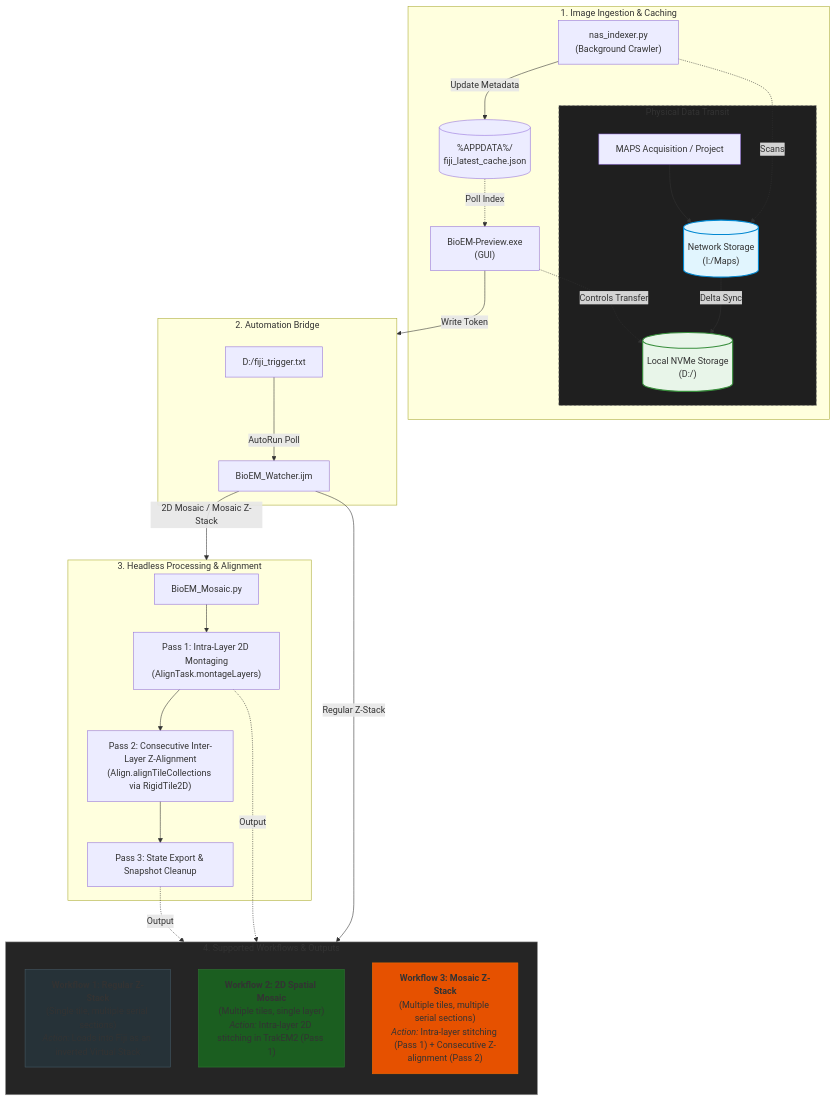
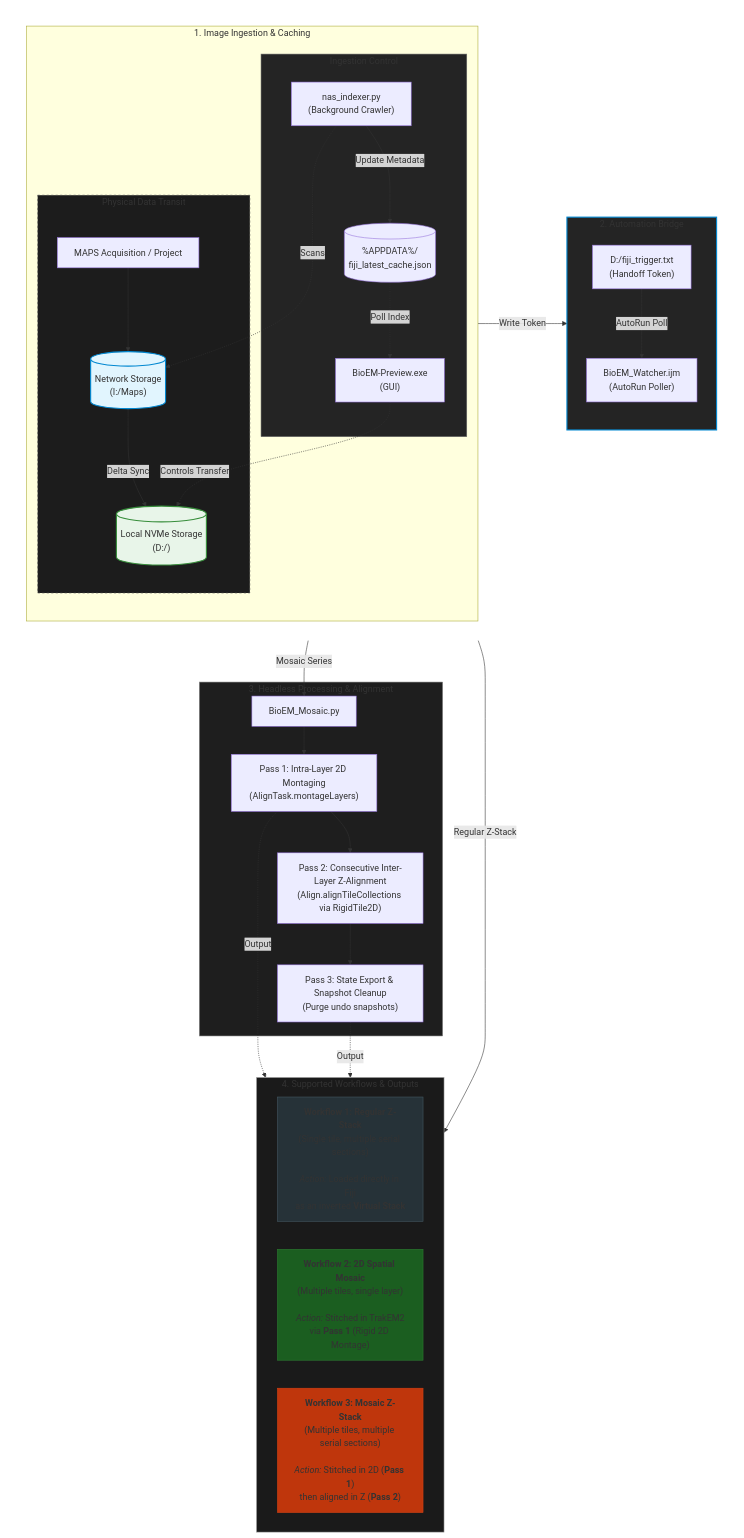
The diagram in README.md (leekslk/BioEM-Preview), drawn with Mermaid before and after one commit.

Commit message:
docs: final draft, correct markdown syntax and formating

````diff
--- a/README.md
+++ b/README.md
@@ -19,54 +19,70 @@
 ```mermaid
 flowchart TD
-    subgraph Stage1 [" 1. Image Ingestion & Caching "]
-        %% Central Execution Spine
-        Indexer["nas_indexer.py<br/>(Background Crawler)"] -->|"Update Metadata"| Cache[("%APPDATA%/<br/>fiji_latest_cache.json")]
-        Cache -.->|"Poll Index"| UI["BioEM-Preview.exe<br/>(GUI)"]
+    %% Top Row: Stage 1 and Stage 2 side-by-side with aligned bottoms
+    subgraph TopRow [" "]
+        direction LR
 
-        %% Isolated Data Plane
-        subgraph DataPlane [" Physical Data Transit "]
-            EM["MAPS Acquisition / Project"] --> NAS[("Network Storage<br/>(I:/Maps)")]
-            NAS -->|"Delta Sync"| SSD[("Local NVMe Storage<br/>(D:/)")]
+        subgraph Stage1 [" 1. Image Ingestion & Caching "]
+            direction TB
+            subgraph ControlPlane [" Ingestion Control "]
+                Indexer["nas_indexer.py<br/>(Background Crawler)"] -->|"Update Metadata"| Cache[("%APPDATA%/<br/>fiji_latest_cache.json")]
+                Cache -.->|"Poll Index"| UI["BioEM-Preview.exe<br/>(GUI)"]
+            end
+
+            subgraph DataPlane [" Physical Data Transit "]
+                EM["MAPS Acquisition / Project"] --> NAS[("Network Storage<br/>(I:/Maps)")]
+                NAS -->|"Delta Sync"| SSD[("Local NVMe Storage<br/>(D:/)")]
+            end
+
+            Indexer -.->|"Scans"| NAS
+            UI -.->|"Controls Transfer"| SSD
         end
 
-        %% Connections between Control and Data planes
-        Indexer -.->|"Scans"| NAS
-        UI -.->|"Controls Transfer"| SSD
+        subgraph Stage2 [" 2. Automation Bridge "]
+            direction TB
+            Trig["D:/fiji_trigger.txt<br/>(Handoff Token)"]
+            Watcher["BioEM_Watcher.ijm<br/>(AutoRun Poller)"]
+            Trig -->|"AutoRun Poll"| Watcher
+        end
+
+        %% Horizontal connection between UI and Stage 2
+        UI -->|"Write Token"| Trig
     end
 
-    subgraph Automation [" 2. Automation Bridge "]
-        Trig["D:/fiji_trigger.txt"] -->|"AutoRun Poll"| Watcher["BioEM_Watcher.ijm"]
-    end
-
-    subgraph Processing [" 3. Headless Processing & Alignment "]
+    %% Middle Row: Processing Engine
+    subgraph Stage3 [" 3. Headless Processing & Alignment "]
         Script["BioEM_Mosaic.py"]
         P1["Pass 1: Intra-Layer 2D Montaging<br/>(AlignTask.montageLayers)"]
         P2["Pass 2: Consecutive Inter-Layer Z-Alignment<br/>(Align.alignTileCollections via RigidTile2D)"]
-        P3["Pass 3: State Export & Snapshot Cleanup"]
+        P3["Pass 3: State Export & Snapshot Cleanup<br/>(Purge undo snapshots)"]
 
         Script --> P1 --> P2 --> P3
     end
 
+    %% Bottom Row: 3 Workflows & Deliverables
     subgraph Stage4 [" 4. Supported Workflows & Outputs "]
-        direction TB
-        WF1["<b>Workflow 1: Regular Z-Stack</b><br/>(Single tile, multiple serial sections)<br/><i>Action:</i> Loads into Fiji as an inverted Virtual Stack"]
-        WF2["<b>Workflow 2: 2D Spatial Mosaic</b><br/>(Multiple tiles, single layer)<br/><i>Action:</i> Intra-layer 2D stitching in TrakEM2 (Pass 1)"]
-        WF3["<b>Workflow 3: Mosaic Z-Stack</b><br/>(Multiple tiles, multiple serial sections)<br/><i>Action:</i> Intra-layer stitching (Pass 1) + Consecutive Z-alignment (Pass 2)"]
+        direction LR
+        WF1["<b>Workflow 1: Regular Z-Stack</b><br/>(Single tile, multiple serial sections)<br/><br/><i>Action:</i> Loaded directly in Fiji<br/>as an inverted <b>Virtual Stack</b>"]
+        WF2["<b>Workflow 2: 2D Spatial Mosaic</b><br/>(Multiple tiles, single layer)<br/><br/><i>Action:</i> Stitched in TrakEM2<br/>via <b>Pass 1</b> (Rigid 2D Montage)"]
+        WF3["<b>Workflow 3: Mosaic Z-Stack</b><br/>(Multiple tiles, multiple serial sections)<br/><br/><i>Action:</i> Stitched in 2D (<b>Pass 1</b>)<br/>then aligned in Z (<b>Pass 2</b>)"]
     end
 
-    %% Pipeline Stage Connections
-    UI -->|"Write Token"| Automation
+    %% Inter-stage Workflow Connections
     Watcher -->|"Regular Z-Stack"| WF1
-    Watcher -->|"2D Mosaic / Mosaic Z-Stack"| Processing
+    Watcher -->|"Mosaic Series"| Script
     P1 -.->|"Output"| WF2
     P3 -.->|"Output"| WF3
 
-    %% Styling
+    %% Styling & Balance
+    style TopRow fill:none,stroke:none
     style NAS fill:#e1f5fe,stroke:#0288d1,stroke-width:2px
     style SSD fill:#e8f5e9,stroke:#388e3c,stroke-width:2px
-    style DataPlane fill:#1f1f1f,stroke:#666,stroke-dasharray: 4 4
-    style Stage4 fill:#252525,stroke:#999,stroke-width:1px
+    style DataPlane fill:#1c1c1c,stroke:#555,stroke-dasharray: 4 4
+    style ControlPlane fill:#242424,stroke:#666
+    style Stage2 fill:#242424,stroke:#0288d1,stroke-width:2px
+    style Stage3 fill:#1e1e1e,stroke:#888,stroke-width:1px
+    style Stage4 fill:#1a1a1a,stroke:#aaa,stroke-width:1px
     style WF1 fill:#263238,stroke:#455a64,stroke-width:1px
     style WF2 fill:#1b5e20,stroke:#2e7d32,stroke-width:1px
-    style WF3 fill:#e65100,stroke:#ef6c00,stroke-width:1px
+    style WF3 fill:#bf360c,stroke:#d84315,stroke-width:1px
 ```
````
